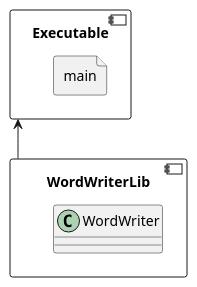
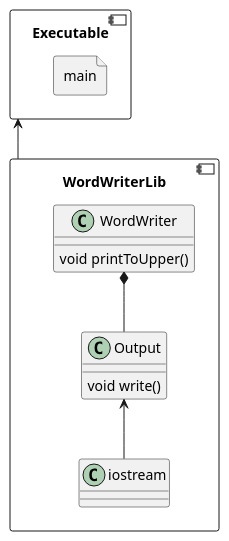
One commit to craft-coder/unit-testing-example changed the diagram in doc/classes.plantuml. Above: the diagram before and after it, drawn with PlantUML. The commit also changed 5 other files, not shown here.

```diff
--- a/doc/classes.plantuml
+++ b/doc/classes.plantuml
@@ -1,11 +1,20 @@
 allow_mixing
 
 component Executable {
     file main
 }
 
 component WordWriterLib {
-    class WordWriter
+    class WordWriter {
+        void printToUpper()
+    }
+    class Output {
+        void write()
+    }
+    class iostream
+
+    WordWriter *-- Output
+    Output <-- iostream
 }
 
 Executable <-- WordWriterLib
```
